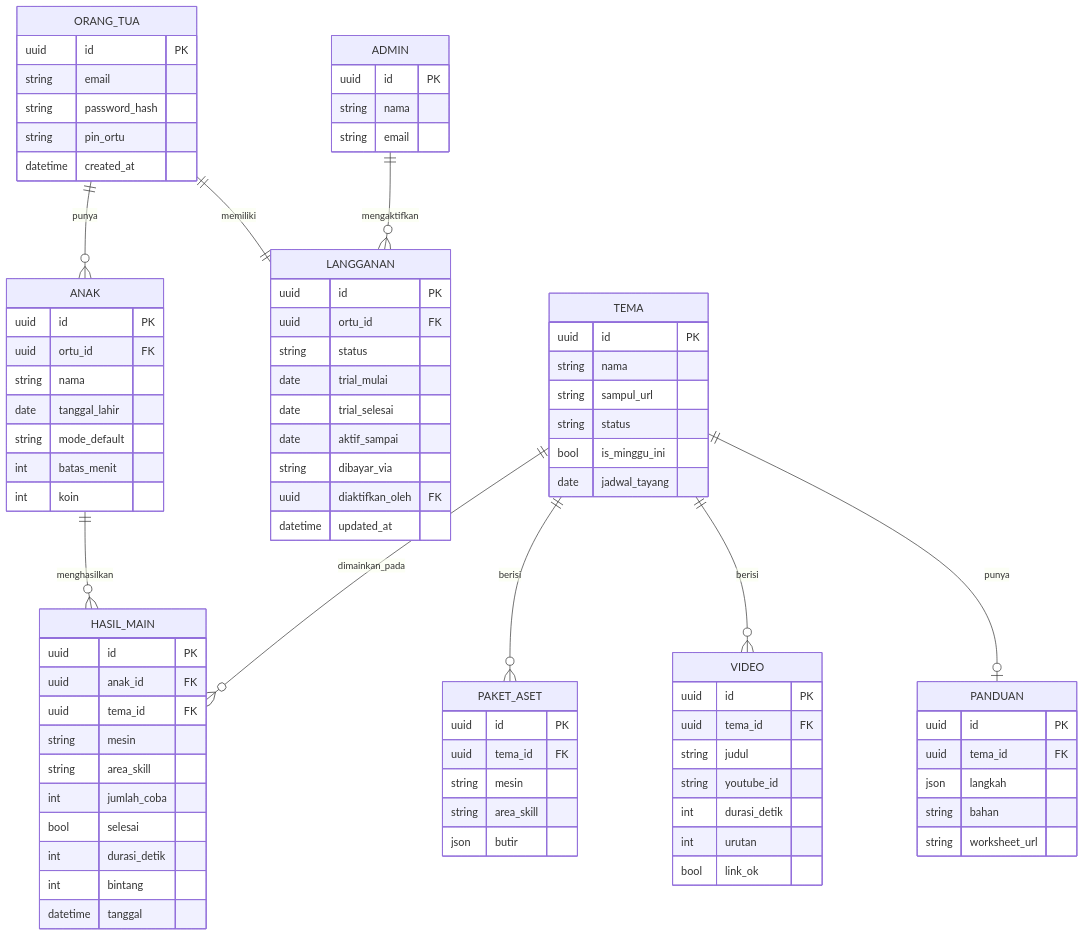
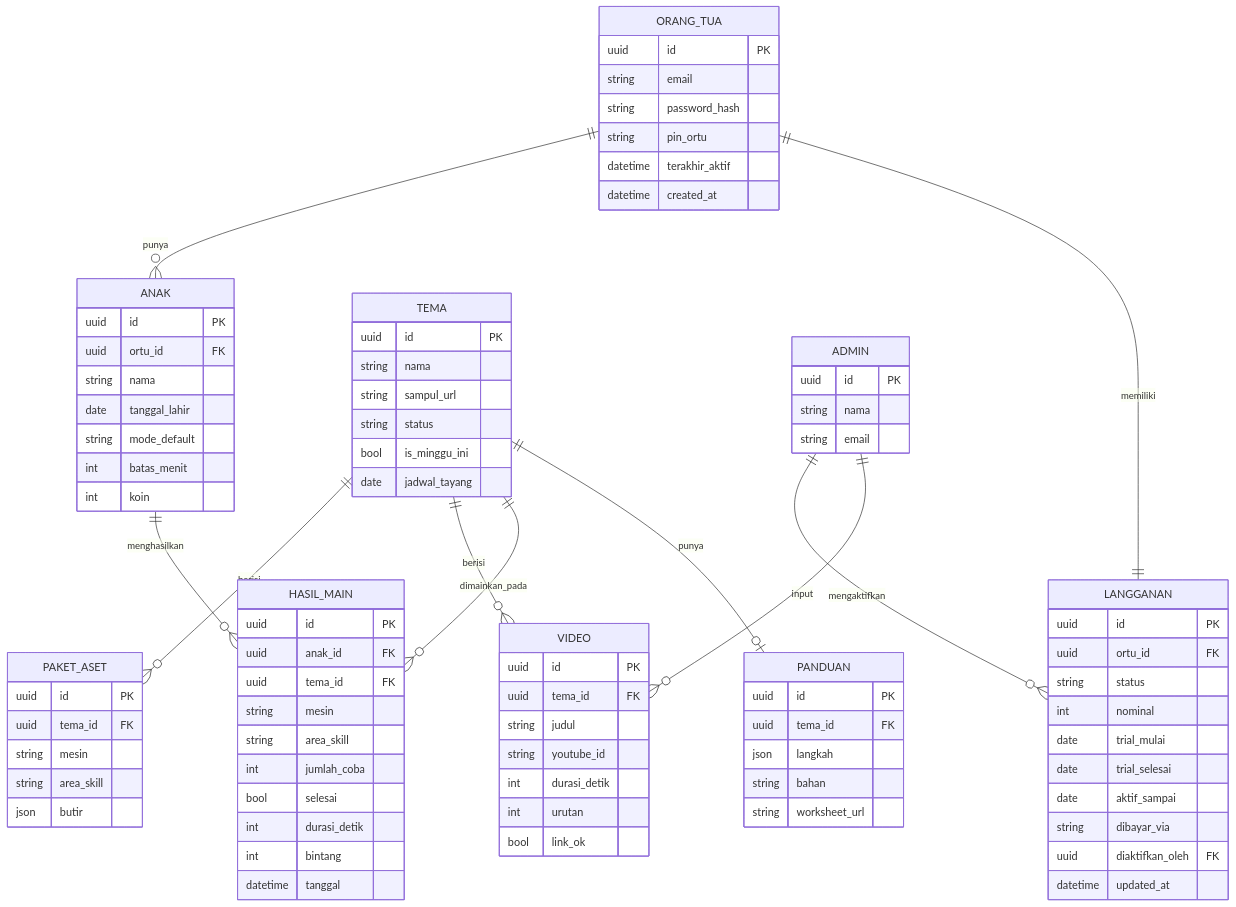
The fifth of 5 diagrams in docs/specs/2026-06-10-kidzplayful-design.md (khabibrizal/kidzplayful), drawn with Mermaid before and after one commit. The commit also changed other lines of this file and 6 other files, not shown here.

First line of the commit message:
feat(spec): tambah fitur Admin Kelola Video (input link) + Laporan Data Member

```diff
--- a/docs/specs/2026-06-10-kidzplayful-design.md
+++ b/docs/specs/2026-06-10-kidzplayful-design.md
@@ -515,12 +526,14 @@
   TEMA       ||--o{ HASIL_MAIN  : dimainkan_pada
   TEMA       ||--o| PANDUAN     : punya
   ADMIN      ||--o{ LANGGANAN   : mengaktifkan
+  ADMIN      ||--o{ VIDEO       : input
 
   ORANG_TUA {
     uuid id PK
     string email
     string password_hash
     string pin_ortu
+    datetime terakhir_aktif
     datetime created_at
   }
   ANAK {
@@ -536,6 +549,7 @@
     uuid id PK
     uuid ortu_id FK
     string status
+    int nominal
     date trial_mulai
     date trial_selesai
     date aktif_sampai
```
